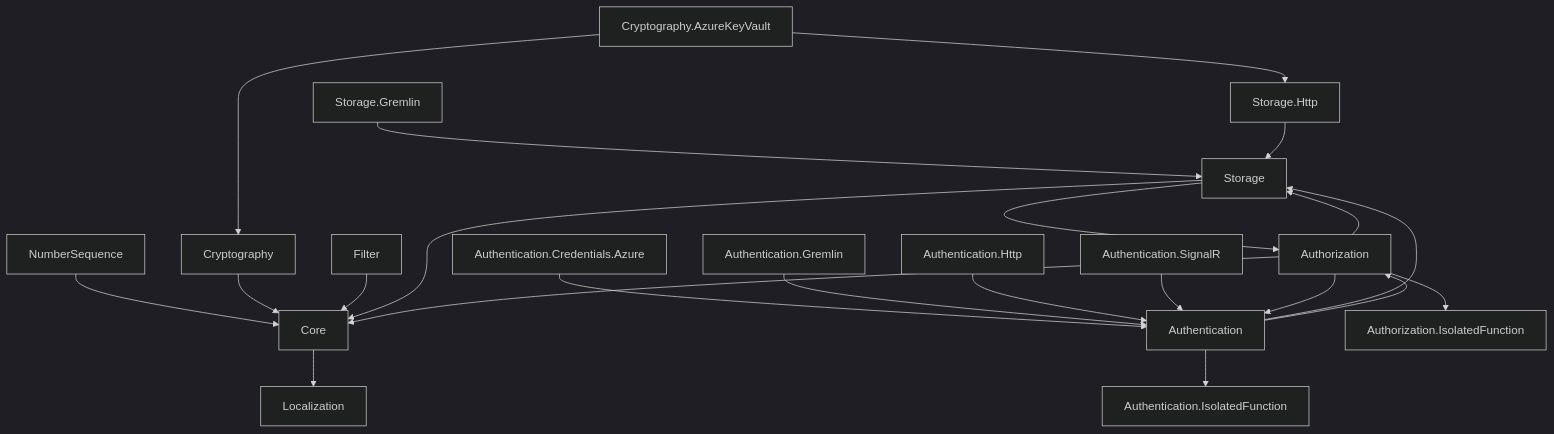
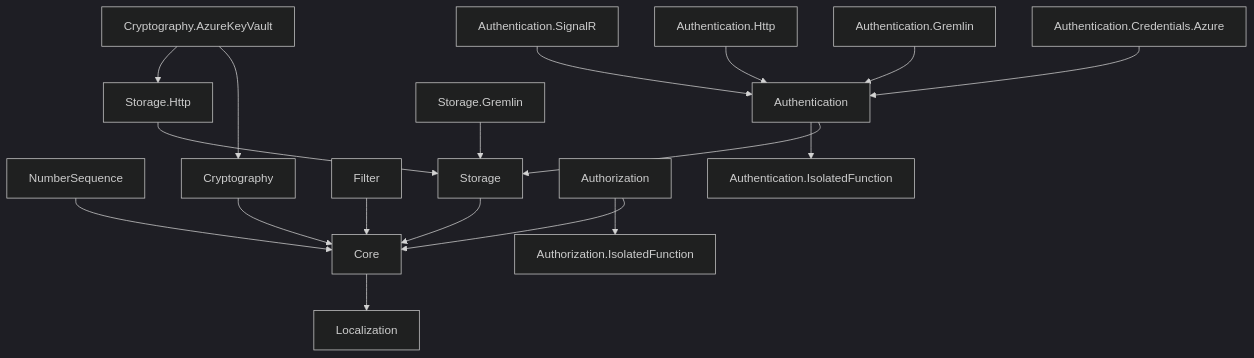
Before and after one commit to sidubsolutions/Sidub.Platform: the diagram in README.md, drawn with Mermaid (dark theme).

````diff
--- a/README.md
+++ b/README.md
@@ -133,28 +133,23 @@
 ```mermaid
 graph TD;
     Core --> Localization
     NumberSequence --> Core
     Cryptography --> Core
     Cryptography.AzureKeyVault --> Cryptography
     Cryptography.AzureKeyVault --> Storage.Http
     Filter --> Core
     Storage --> Core
     Authorization --> Core
     
     Authentication --> Storage
     Authentication.Credentials.Azure --> Authentication
     Authentication.Gremlin --> Authentication
     Authentication.Http --> Authentication
     Authentication.SignalR --> Authentication
     
     Storage.Gremlin --> Storage
     Storage.Http --> Storage
     
     Authentication --> Authentication.IsolatedFunction
     Authorization --> Authorization.IsolatedFunction
-    
-    Storage --> Authorization
-    Authorization --> Storage
-    Authentication --> Authorization
-    Authorization --> Authentication
 ```
````
